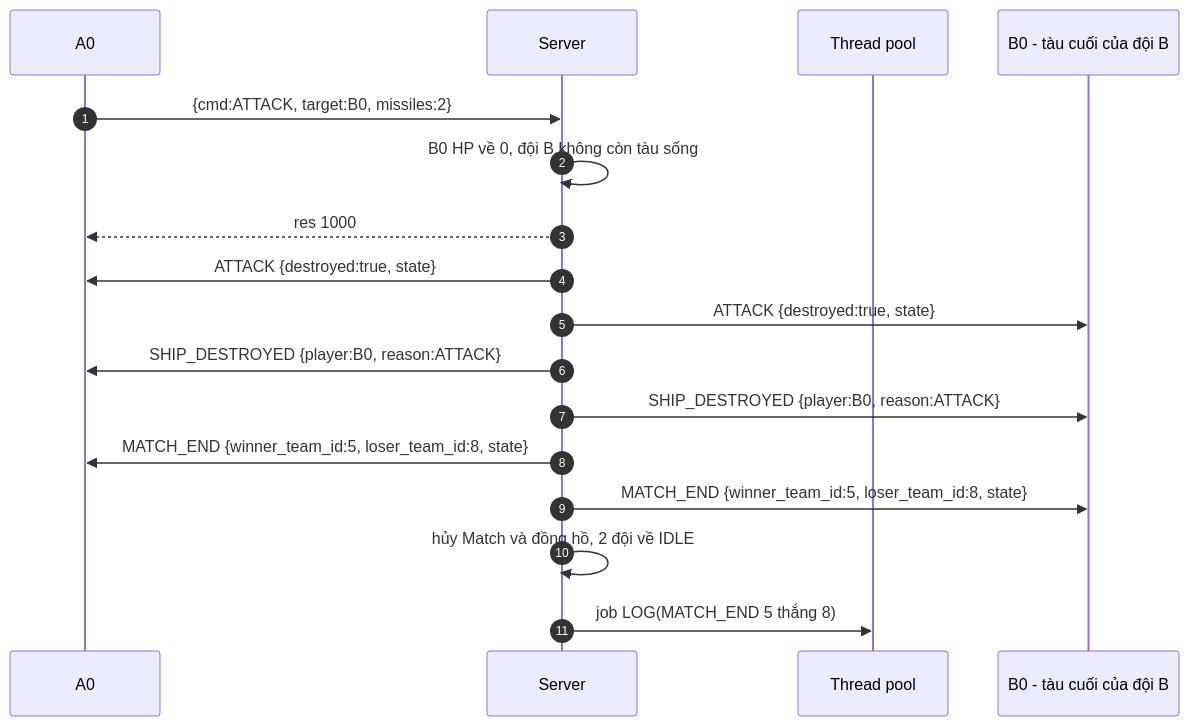
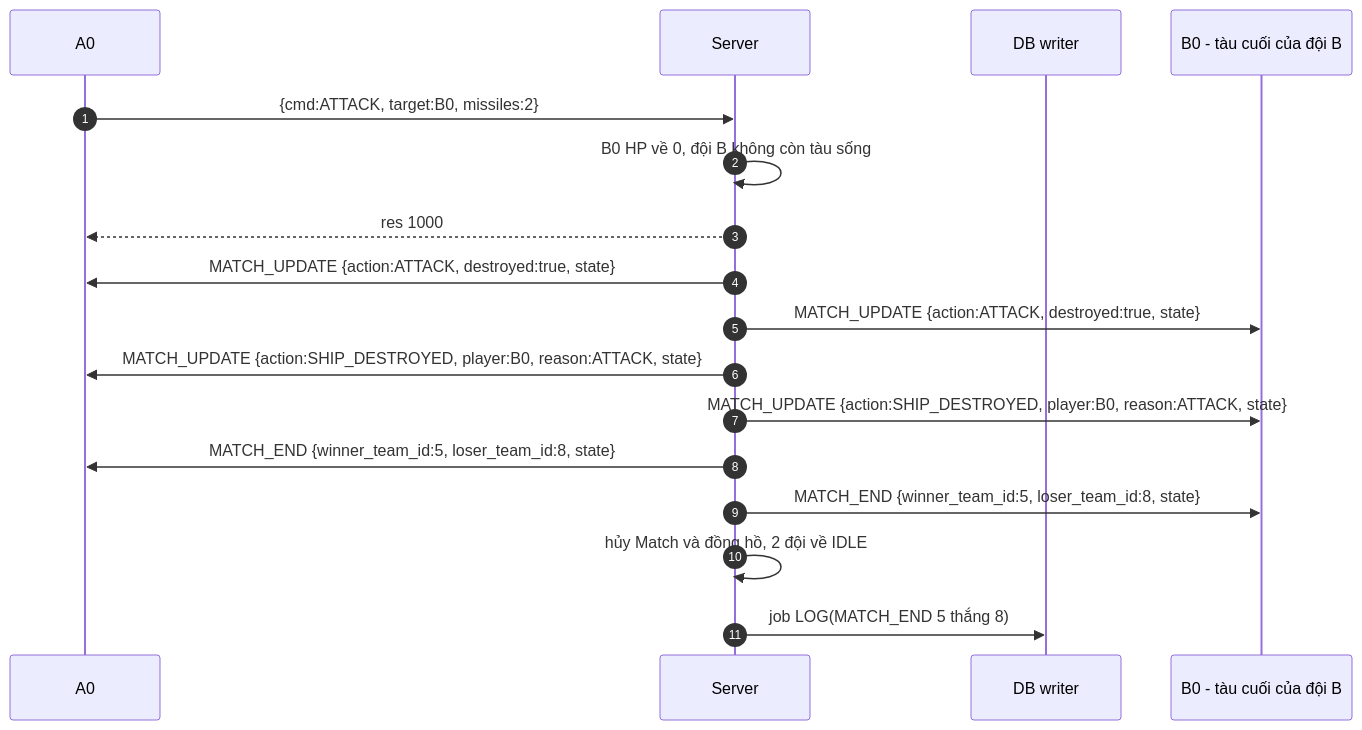
Before and after one commit to dson19/network: the diagram in Project/docs/design/diagrams/sequence/05-match-end.md, drawn with Mermaid. The commit also changed 24 other files, not shown here.

First line of the commit message:
Project: user_id identity, MATCH_UPDATE event, gun slots, PLAYER_LIST; rewrite report tables

````diff
--- a/Project/docs/design/diagrams/sequence/05-match-end.md
+++ b/Project/docs/design/diagrams/sequence/05-match-end.md
@@ -5,20 +5,20 @@
 ```mermaid
 sequenceDiagram
     autonumber
     participant A as A0
     participant S as Server
-    participant P as Thread pool
+    participant W as DB writer
     participant B as B0 - tàu cuối của đội B
 
     A->>S: {cmd:ATTACK, target:B0, missiles:2}
     S->>S: B0 HP về 0, đội B không còn tàu sống
     S-->>A: res 1000
-    S->>A: ATTACK {destroyed:true, state}
-    S->>B: ATTACK {destroyed:true, state}
-    S->>A: SHIP_DESTROYED {player:B0, reason:ATTACK}
-    S->>B: SHIP_DESTROYED {player:B0, reason:ATTACK}
+    S->>A: MATCH_UPDATE {action:ATTACK, destroyed:true, state}
+    S->>B: MATCH_UPDATE {action:ATTACK, destroyed:true, state}
+    S->>A: MATCH_UPDATE {action:SHIP_DESTROYED, player:B0, reason:ATTACK, state}
+    S->>B: MATCH_UPDATE {action:SHIP_DESTROYED, player:B0, reason:ATTACK, state}
     S->>A: MATCH_END {winner_team_id:5, loser_team_id:8, state}
     S->>B: MATCH_END {winner_team_id:5, loser_team_id:8, state}
     S->>S: hủy Match và đồng hồ, 2 đội về IDLE
-    S->>P: job LOG(MATCH_END 5 thắng 8)
+    S->>W: job LOG(MATCH_END 5 thắng 8)
 ```
````
